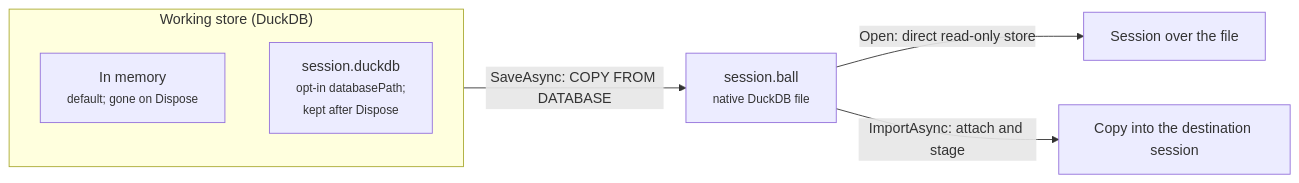
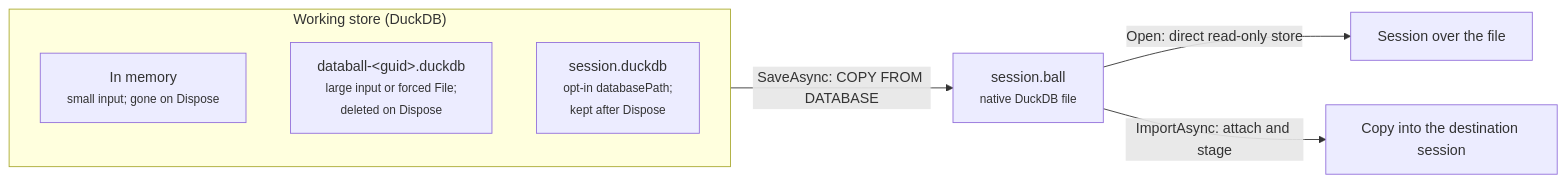
One commit to squalor-xyz/DataBall changed the third of 11 diagrams in docs/how-it-works.md. Above: the diagram before and after it, drawn with Mermaid. The commit also changed other lines of this file and 21 other files, not shown here.

First line of the commit message:
db-07: store chosen by input size; EngineOptions for memory limit, threads and temp directory.

````diff
--- a/docs/how-it-works.md
+++ b/docs/how-it-works.md
@@ -40,10 +40,11 @@
 ```mermaid
 flowchart LR
     subgraph store["Working store (DuckDB)"]
-        Mem["In memory<br/><small>default; gone on Dispose</small>"]
+        Mem["In memory<br/><small>small input; gone on Dispose</small>"]
+        Temp["databall-&lt;guid&gt;.duckdb<br/><small>large input or forced File;<br/>deleted on Dispose</small>"]
         File["session.duckdb<br/><small>opt-in databasePath;<br/>kept after Dispose</small>"]
     end
     store -->|"SaveAsync: COPY FROM DATABASE"| Ball["session.ball<br/><small>native DuckDB file</small>"]
     Ball -->|"Open: direct read-only store"| Session["Session over the file"]
     Ball -->|"ImportAsync: attach and stage"| New["Copy into the destination session"]
 ```
````
